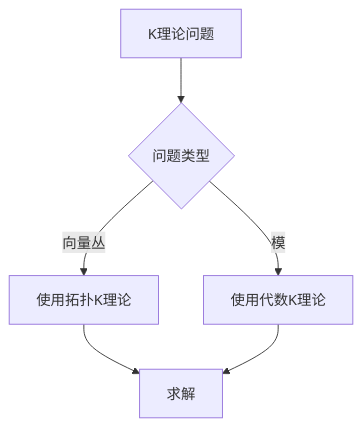
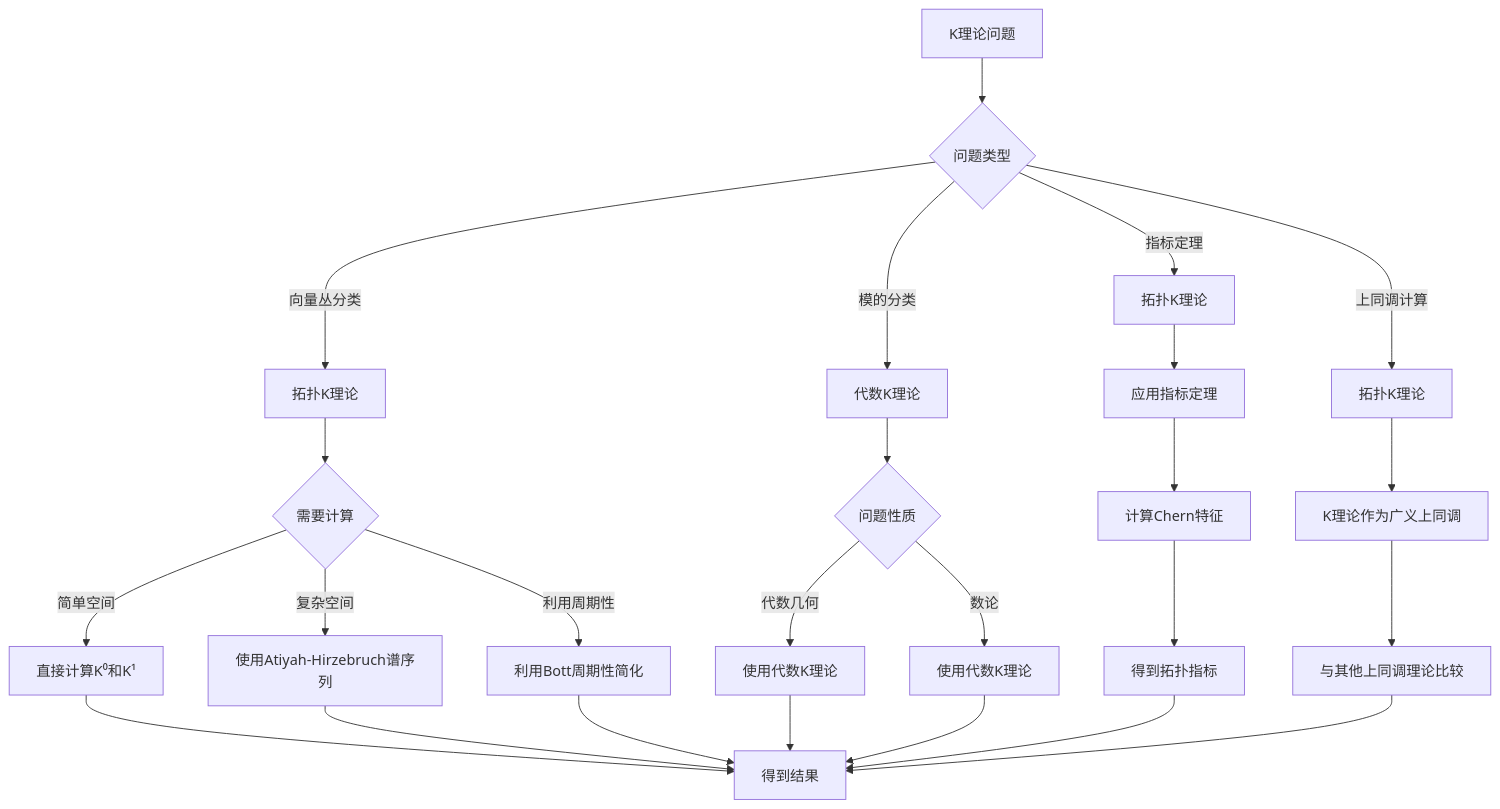
The second of 3 diagrams in 数学家理念体系/庞加莱数学理念/02-数学内容深度分析/01-拓扑学贡献/26-拓扑K理论.md (AdaMartin18010/FormalMath), drawn with Mermaid before and after one commit. The commit also changed other lines of this file and 17 other files, not shown here.

````diff
--- a/数学家理念体系/庞加莱数学理念/02-数学内容深度分析/01-拓扑学贡献/26-拓扑K理论.md
+++ b/数学家理念体系/庞加莱数学理念/02-数学内容深度分析/01-拓扑学贡献/26-拓扑K理论.md
@@ -283,9 +632,32 @@
 ```mermaid
 graph TD
     A[K理论问题] --> B{问题类型}
-    B -->|向量丛| C[使用拓扑K理论]
-    B -->|模| D[使用代数K理论]
+    B -->|向量丛分类| C[拓扑K理论]
+    B -->|模的分类| D[代数K理论]
+    B -->|指标定理| E[拓扑K理论]
+    B -->|上同调计算| F[拓扑K理论]
 
-    C --> E[求解]
-    D --> E
+    C --> G{需要计算}
+    G -->|简单空间| H[直接计算K⁰和K¹]
+    G -->|复杂空间| I[使用Atiyah-Hirzebruch谱序列]
+    G -->|利用周期性| J[利用Bott周期性简化]
+
+    D --> K{问题性质}
+    K -->|代数几何| L[使用代数K理论]
+    K -->|数论| M[使用代数K理论]
+
+    E --> N[应用指标定理]
+    N --> O[计算Chern特征]
+    O --> P[得到拓扑指标]
+
+    F --> Q[K理论作为广义上同调]
+    Q --> R[与其他上同调理论比较]
+
+    H --> S[得到结果]
+    I --> S
+    J --> S
+    L --> S
+    M --> S
+    P --> S
+    R --> S
 ```
````
